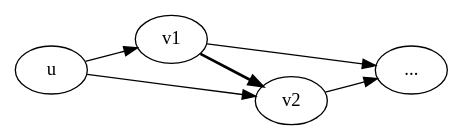
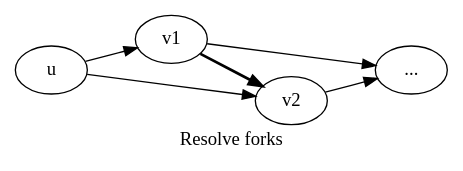
Before and after one commit to sjackman/abyss-scaffold-paper: the diagram in fork.dot, drawn with Graphviz. The commit also changed 7 other files, not shown here.

Commit message:
Create a montage of the graph patterns

```diff
--- a/fork.dot
+++ b/fork.dot
@@ -1,7 +1,8 @@
 digraph "fork" {
+label = "Resolve forks"
 graph [rankdir="LR"]
 w [label="..."]
 u -> v1 -> w
 u -> v2 -> w
 v1 -> v2 [style="bold"]
 }
```
